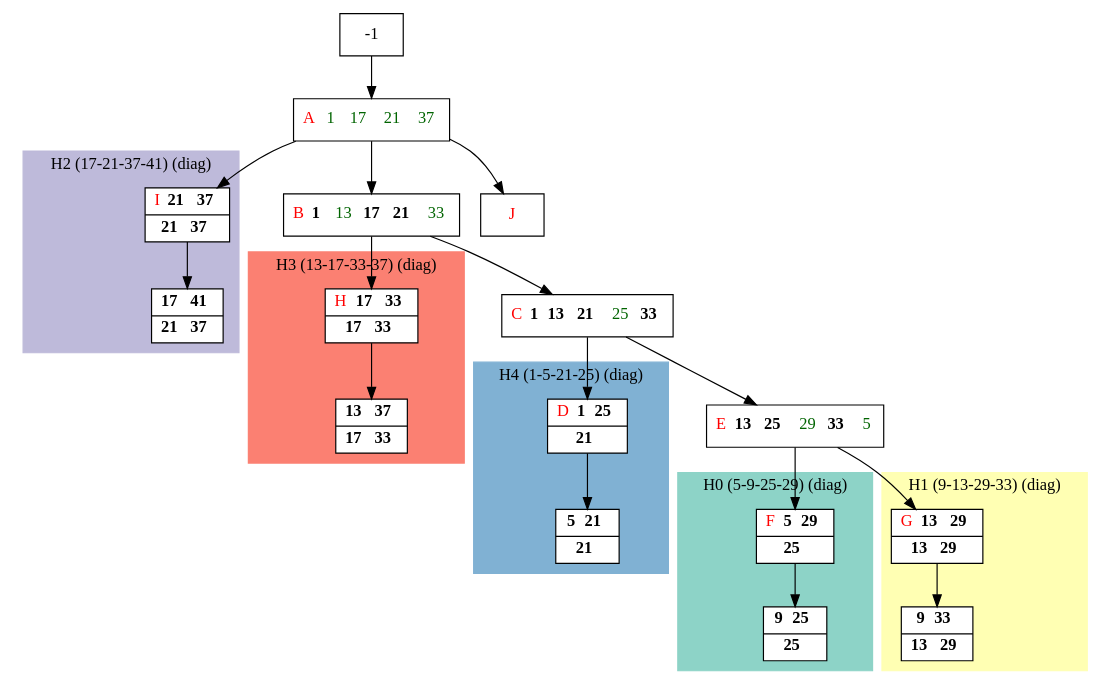
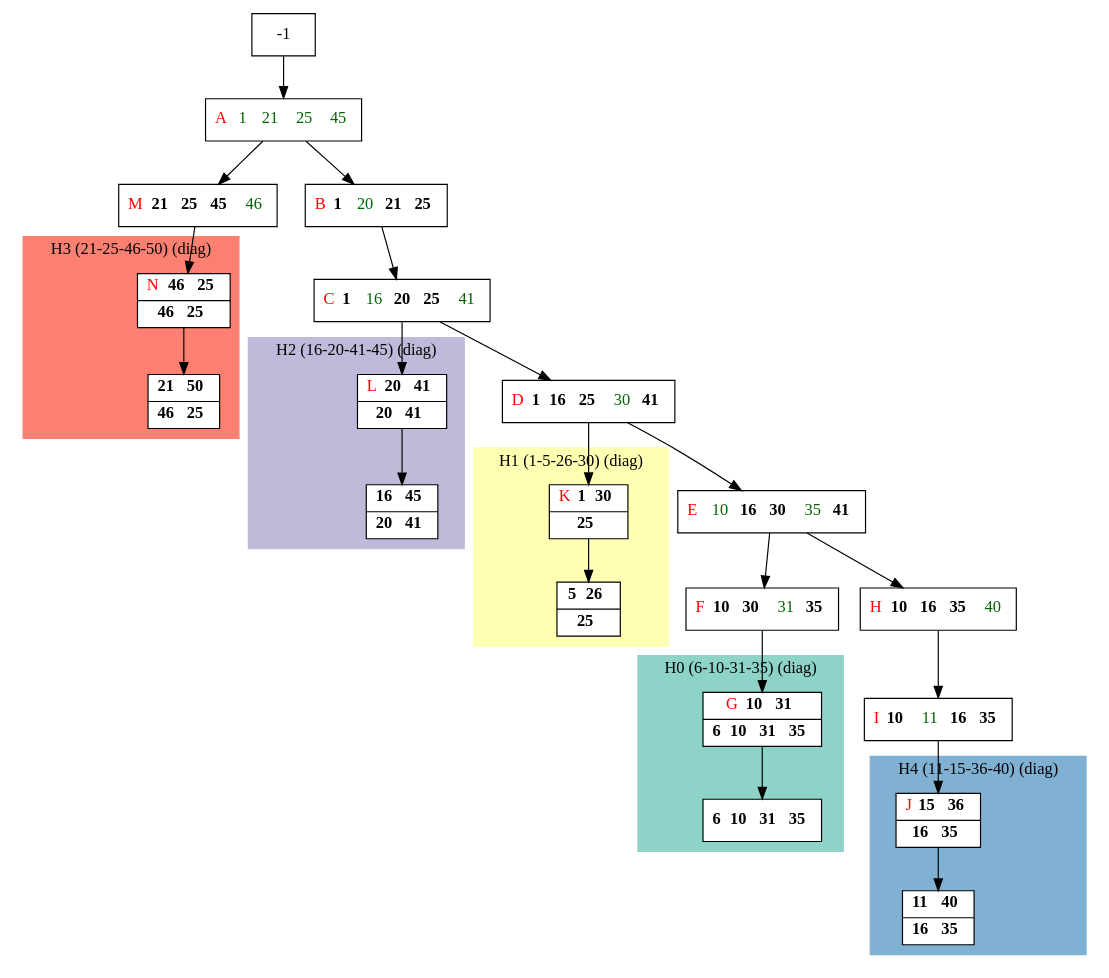
One commit to bmarchand/auto-dp changed the diagram in results/compact_dot_files/compact_K5.dot. Above: the diagram before and after it, drawn with Graphviz. The commit also changed 84 other files, not shown here.

```diff
--- a/results/compact_dot_files/compact_K5.dot
+++ b/results/compact_dot_files/compact_K5.dot
@@ -1,68 +1,76 @@
 digraph G {
     node [shape=box];
     subgraph cluster0 {
         node [style=filled,fillcolor=white];
         labeljust="l";
         style=filled;
         color="#8DD3C7";
         H0_0 -> H0_5;
-        label="H0 (5-9-25-29) (diag)";
+        label="H0 (6-10-31-35) (diag)";
     }
     subgraph cluster1 {
         node [style=filled,fillcolor=white];
         labeljust="l";
         style=filled;
         color="#FFFFB3";
-        H1_0 -> H1_5;
-        label="H1 (9-13-29-33) (diag)";
+        H1_0 -> H1_7;
+        label="H1 (1-5-26-30) (diag)";
     }
     subgraph cluster2 {
         node [style=filled,fillcolor=white];
         labeljust="l";
         style=filled;
         color="#BEBADA";
         H2_0 -> H2_5;
-        label="H2 (17-21-37-41) (diag)";
+        label="H2 (16-20-41-45) (diag)";
     }
     subgraph cluster3 {
         node [style=filled,fillcolor=white];
         labeljust="l";
         style=filled;
         color="#FB8072";
         H3_0 -> H3_5;
-        label="H3 (13-17-33-37) (diag)";
+        label="H3 (21-25-46-50) (diag)";
     }
     subgraph cluster4 {
         node [style=filled,fillcolor=white];
         labeljust="l";
         style=filled;
         color="#80B1D3";
-        H4_0 -> H4_5;
-        label="H4 (1-5-21-25) (diag)";
+        H4_0 -> H4_7;
+        label="H4 (11-15-36-40) (diag)";
     }
-     30 [shape=record,label= <{  <FONT COLOR="RED">A</FONT>  <FONT COLOR="DARKGREEN">1</FONT>  <FONT COLOR="DARKGREEN">17</FONT>  <FONT COLOR="DARKGREEN">21</FONT>  <FONT COLOR="DARKGREEN">37</FONT>}> ];
-     -1  ->  30;
-     21 [shape=record,label= <{  <FONT COLOR="RED">B</FONT> <b>1</b>  <FONT COLOR="DARKGREEN">13</FONT> <b>17</b> <b>21</b>  <FONT COLOR="DARKGREEN">33</FONT>}> ];
-     30  ->  21;
-     1 [shape=record,label= <{  <FONT COLOR="RED">C</FONT> <b>1</b> <b>13</b> <b>21</b>  <FONT COLOR="DARKGREEN">25</FONT> <b>33</b>}> ];
-     21  ->  1;
-     H4_0 [shape=record,label= <{  <FONT COLOR="RED">D</FONT> <b>1</b> <b>25</b>|  <b>21</b>}> ];
-     1  ->  H4_0;
-     H4_5 [shape=record,label= <{ <b>5</b> <b>21</b>|  <b>21</b>}> ];
-     8 [shape=record,label= <{  <FONT COLOR="RED">E</FONT> <b>13</b> <b>25</b>  <FONT COLOR="DARKGREEN">29</FONT> <b>33</b>  <FONT COLOR="DARKGREEN">5</FONT>}> ];
-     1  ->  8;
-     H0_0 [shape=record,label= <{  <FONT COLOR="RED">F</FONT> <b>5</b> <b>29</b>|  <b>25</b>}> ];
-     8  ->  H0_0;
-     H0_5 [shape=record,label= <{ <b>9</b> <b>25</b>|  <b>25</b>}> ];
-     H1_0 [shape=record,label= <{  <FONT COLOR="RED">G</FONT> <b>13</b> <b>29</b>|  <b>13</b> <b>29</b>}> ];
-     8  ->  H1_0;
-     H1_5 [shape=record,label= <{ <b>9</b> <b>33</b>|  <b>13</b> <b>29</b>}> ];
-     H3_0 [shape=record,label= <{  <FONT COLOR="RED">H</FONT> <b>17</b> <b>33</b>|  <b>17</b> <b>33</b>}> ];
-     21  ->  H3_0;
-     H3_5 [shape=record,label= <{ <b>13</b> <b>37</b>|  <b>17</b> <b>33</b>}> ];
-     H2_0 [shape=record,label= <{  <FONT COLOR="RED">I</FONT> <b>21</b> <b>37</b>|  <b>21</b> <b>37</b>}> ];
-     30  ->  H2_0;
-     H2_5 [shape=record,label= <{ <b>17</b> <b>41</b>|  <b>21</b> <b>37</b>}> ];
-     _1 [shape=record,label= <{  <FONT COLOR="RED">J</FONT>}> ];
-     30  ->  _1;
+     36 [shape=record,label= <{  <FONT COLOR="RED">A</FONT>  <FONT COLOR="DARKGREEN">1</FONT>  <FONT COLOR="DARKGREEN">21</FONT>  <FONT COLOR="DARKGREEN">25</FONT>  <FONT COLOR="DARKGREEN">45</FONT>}> ];
+     -1  ->  36;
+     35 [shape=record,label= <{  <FONT COLOR="RED">B</FONT> <b>1</b>  <FONT COLOR="DARKGREEN">20</FONT> <b>21</b> <b>25</b>}> ];
+     36  ->  35;
+     28 [shape=record,label= <{  <FONT COLOR="RED">C</FONT> <b>1</b>  <FONT COLOR="DARKGREEN">16</FONT> <b>20</b> <b>25</b>  <FONT COLOR="DARKGREEN">41</FONT>}> ];
+     35  ->  28;
+     1 [shape=record,label= <{  <FONT COLOR="RED">D</FONT> <b>1</b> <b>16</b> <b>25</b>  <FONT COLOR="DARKGREEN">30</FONT> <b>41</b>}> ];
+     28  ->  1;
+     10 [shape=record,label= <{  <FONT COLOR="RED">E</FONT>  <FONT COLOR="DARKGREEN">10</FONT> <b>16</b> <b>30</b>  <FONT COLOR="DARKGREEN">35</FONT> <b>41</b>}> ];
+     1  ->  10;
+     11 [shape=record,label= <{  <FONT COLOR="RED">F</FONT> <b>10</b> <b>30</b>  <FONT COLOR="DARKGREEN">31</FONT> <b>35</b>}> ];
+     10  ->  11;
+     H0_0 [shape=record,label= <{  <FONT COLOR="RED">G</FONT> <b>10</b> <b>31</b>|  <b>6</b> <b>10</b> <b>31</b> <b>35</b>}> ];
+     11  ->  H0_0;
+     H0_5 [shape=record,label= <{ <b>6</b> <b>10</b> <b>31</b> <b>35</b>}> ];
+     18 [shape=record,label= <{  <FONT COLOR="RED">H</FONT> <b>10</b> <b>16</b> <b>35</b>  <FONT COLOR="DARKGREEN">40</FONT>}> ];
+     10  ->  18;
+     19 [shape=record,label= <{  <FONT COLOR="RED">I</FONT> <b>10</b>  <FONT COLOR="DARKGREEN">11</FONT> <b>16</b> <b>35</b>}> ];
+     18  ->  19;
+     H4_0 [shape=record,label= <{  <FONT COLOR="RED">J</FONT> <b>15</b> <b>36</b>|  <b>16</b> <b>35</b>}> ];
+     19  ->  H4_0;
+     H4_7 [shape=record,label= <{ <b>11</b> <b>40</b>|  <b>16</b> <b>35</b>}> ];
+     H1_0 [shape=record,label= <{  <FONT COLOR="RED">K</FONT> <b>1</b> <b>30</b>|  <b>25</b>}> ];
+     1  ->  H1_0;
+     H1_7 [shape=record,label= <{ <b>5</b> <b>26</b>|  <b>25</b>}> ];
+     H2_0 [shape=record,label= <{  <FONT COLOR="RED">L</FONT> <b>20</b> <b>41</b>|  <b>20</b> <b>41</b>}> ];
+     28  ->  H2_0;
+     H2_5 [shape=record,label= <{ <b>16</b> <b>45</b>|  <b>20</b> <b>41</b>}> ];
+     39 [shape=record,label= <{  <FONT COLOR="RED">M</FONT> <b>21</b> <b>25</b> <b>45</b>  <FONT COLOR="DARKGREEN">46</FONT>}> ];
+     36  ->  39;
+     H3_0 [shape=record,label= <{  <FONT COLOR="RED">N</FONT> <b>46</b> <b>25</b>|  <b>46</b> <b>25</b>}> ];
+     39  ->  H3_0;
+     H3_5 [shape=record,label= <{ <b>21</b> <b>50</b>|  <b>46</b> <b>25</b>}> ];
 }
```
